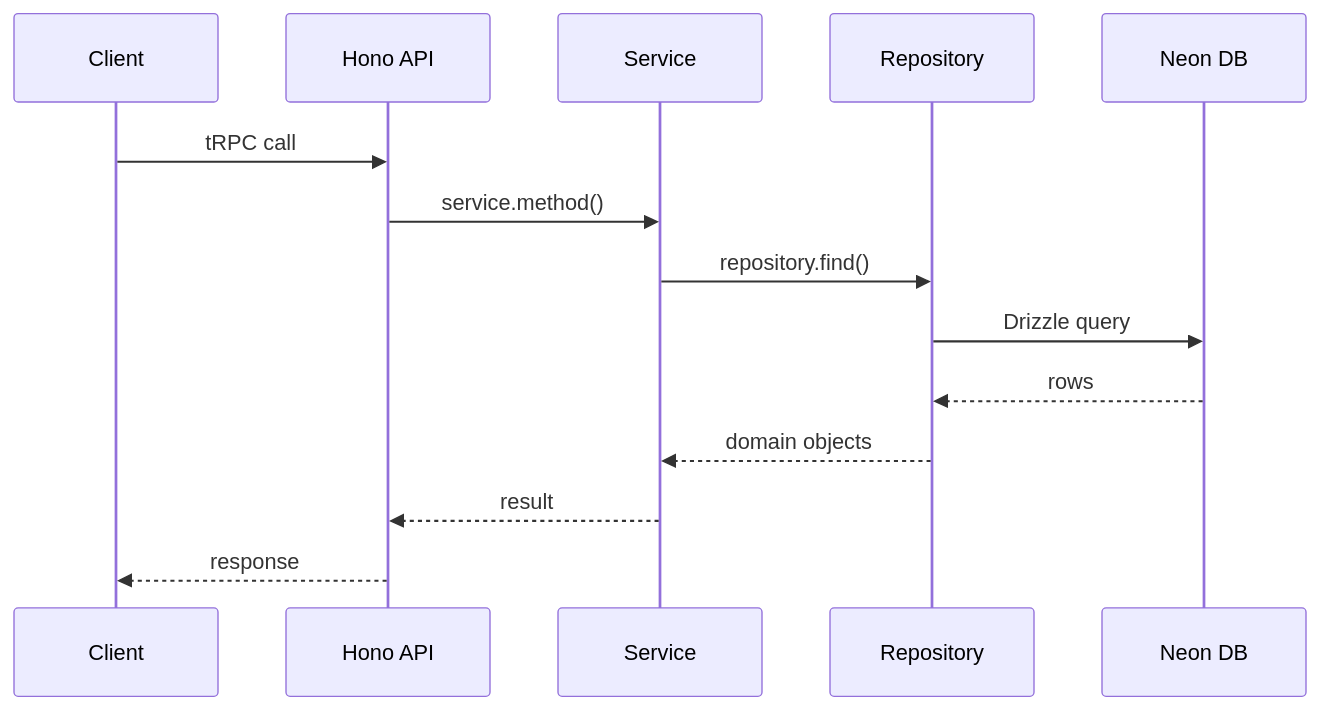
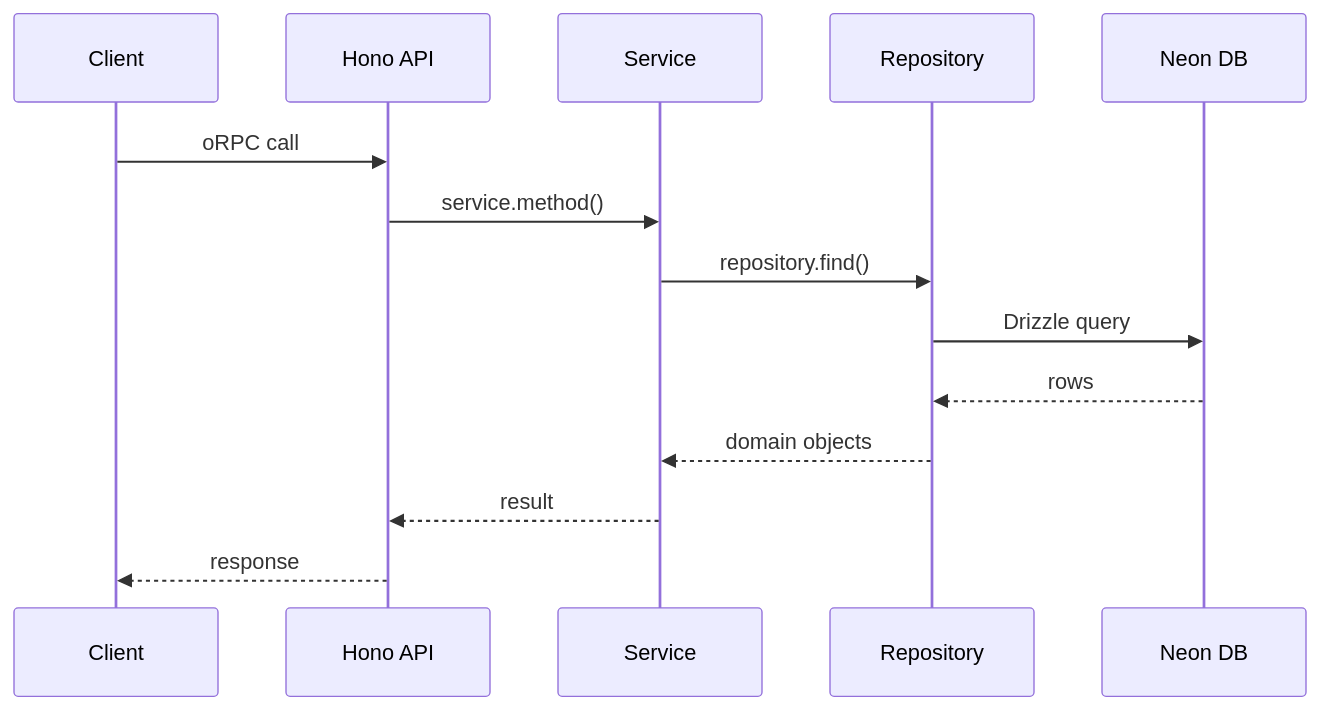
Before and after one commit to aaronkendell/skills-marketplace: the second of 2 diagrams in references/templates/architecture.md, drawn with Mermaid. The commit also changed other lines of this file and 66 other files, not shown here.

````diff
--- a/references/templates/architecture.md
+++ b/references/templates/architecture.md
@@ -55,17 +55,17 @@
 ```mermaid
 sequenceDiagram
     participant C as Client
     participant API as Hono API
     participant S as Service
     participant R as Repository
     participant DB as Neon DB
 
-    C->>API: tRPC call
+    C->>API: oRPC call
     API->>S: service.method()
     S->>R: repository.find()
     R->>DB: Drizzle query
     DB-->>R: rows
     R-->>S: domain objects
     S-->>API: result
     API-->>C: response
 ```
````
